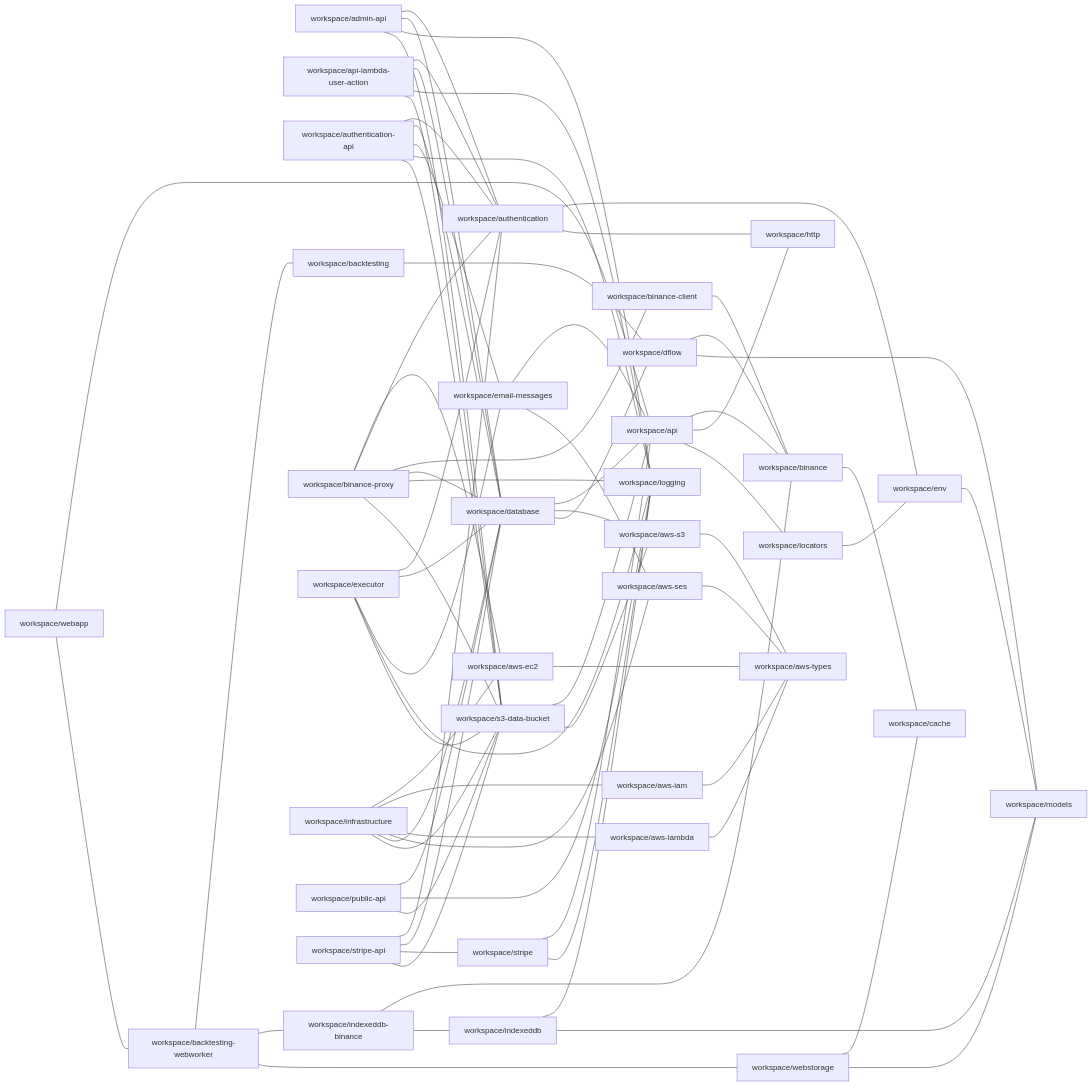
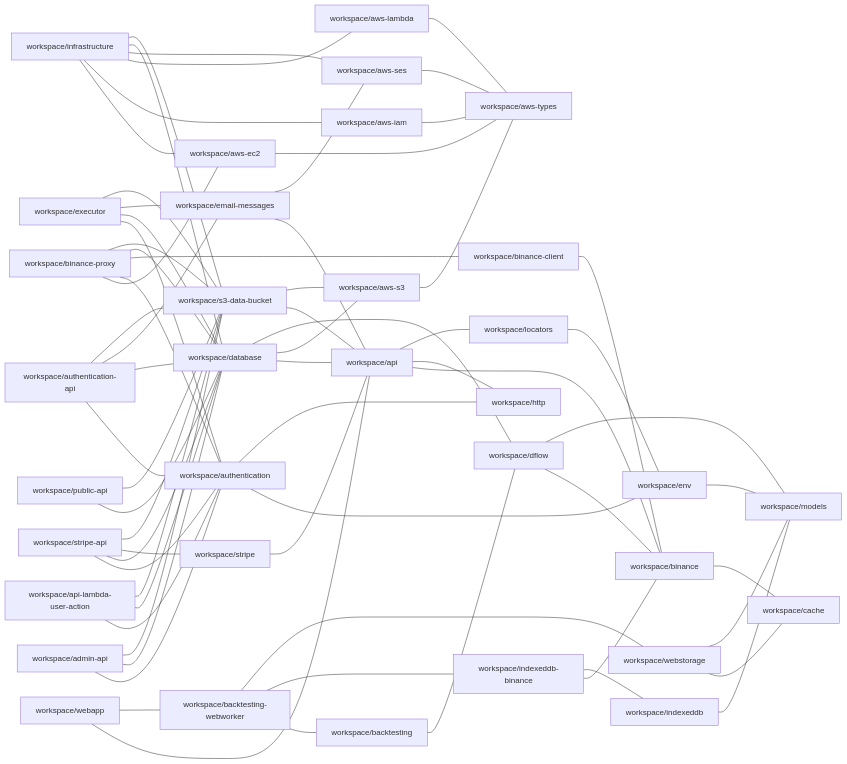
One commit to ggbot-org/ggbot changed the diagram in repository/docs/npm-dependencies.md. Above: the diagram before and after it, drawn with Mermaid. The commit also changed 88 other files, not shown here.

Commit message:
remove logging workspace and other minor improvements

````diff
--- a/repository/docs/npm-dependencies.md
+++ b/repository/docs/npm-dependencies.md
@@ -6,77 +6,69 @@
 ```mermaid
 graph LR
     workspace/admin-api --- workspace/authentication
     workspace/admin-api --- workspace/database
-    workspace/admin-api --- workspace/logging
     workspace/admin-api --- workspace/s3-data-bucket
     workspace/api --- workspace/binance
     workspace/api --- workspace/http
     workspace/api --- workspace/locators
     workspace/api-lambda-user-action --- workspace/authentication
     workspace/api-lambda-user-action --- workspace/database
-    workspace/api-lambda-user-action --- workspace/logging
     workspace/api-lambda-user-action --- workspace/s3-data-bucket
     workspace/authentication --- workspace/env
     workspace/authentication --- workspace/http
     workspace/authentication-api --- workspace/authentication
     workspace/authentication-api --- workspace/database
     workspace/authentication-api --- workspace/email-messages
-    workspace/authentication-api --- workspace/logging
     workspace/authentication-api --- workspace/s3-data-bucket
     workspace/aws-ec2 --- workspace/aws-types
     workspace/aws-iam --- workspace/aws-types
     workspace/aws-lambda --- workspace/aws-types
     workspace/aws-s3 --- workspace/aws-types
     workspace/aws-ses --- workspace/aws-types
     workspace/backtesting --- workspace/dflow
     workspace/backtesting-webworker --- workspace/backtesting
     workspace/backtesting-webworker --- workspace/indexeddb-binance
     workspace/backtesting-webworker --- workspace/webstorage
     workspace/binance --- workspace/cache
     workspace/binance-client --- workspace/binance
     workspace/binance-proxy --- workspace/aws-ec2
     workspace/binance-proxy --- workspace/authentication
     workspace/binance-proxy --- workspace/binance-client
     workspace/binance-proxy --- workspace/database
-    workspace/binance-proxy --- workspace/logging
     workspace/binance-proxy --- workspace/s3-data-bucket
     workspace/database --- workspace/api
     workspace/database --- workspace/aws-s3
     workspace/database --- workspace/dflow
     workspace/dflow --- workspace/binance
     workspace/dflow --- workspace/models
     workspace/email-messages --- workspace/api
     workspace/email-messages --- workspace/aws-ses
     workspace/env --- workspace/models
     workspace/executor --- workspace/authentication
     workspace/executor --- workspace/database
     workspace/executor --- workspace/email-messages
-    workspace/executor --- workspace/logging
     workspace/executor --- workspace/s3-data-bucket
-    workspace/indexeddb --- workspace/logging
     workspace/indexeddb --- workspace/models
     workspace/indexeddb-binance --- workspace/binance
     workspace/indexeddb-binance --- workspace/indexeddb
     workspace/infrastructure --- workspace/aws-ec2
     workspace/infrastructure --- workspace/aws-iam
     workspace/infrastructure --- workspace/aws-lambda
     workspace/infrastructure --- workspace/aws-ses
     workspace/infrastructure --- workspace/database
     workspace/infrastructure --- workspace/s3-data-bucket
     workspace/locators --- workspace/env
     workspace/public-api --- workspace/database
-    workspace/public-api --- workspace/logging
     workspace/public-api --- workspace/s3-data-bucket
     workspace/s3-data-bucket --- workspace/api
     workspace/s3-data-bucket --- workspace/aws-s3
     workspace/stripe --- workspace/api
-    workspace/stripe --- workspace/logging
     workspace/stripe-api --- workspace/authentication
     workspace/stripe-api --- workspace/database
     workspace/stripe-api --- workspace/stripe
     workspace/stripe-api --- workspace/s3-data-bucket
     workspace/webapp --- workspace/api
     workspace/webapp --- workspace/backtesting-webworker
     workspace/webstorage --- workspace/cache
     workspace/webstorage --- workspace/models
 ```
````
